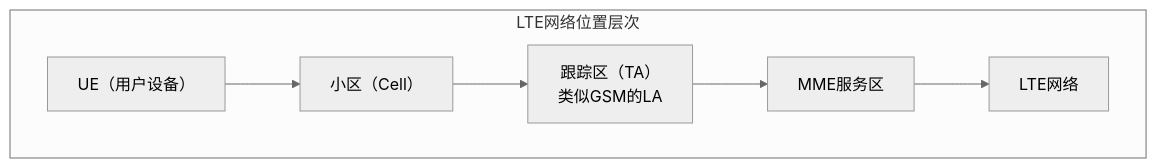
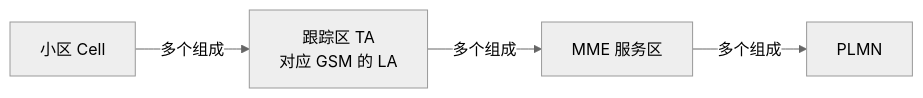
The sixth of 12 diagrams in 计算机网络/7.7无线网络：蜂窝移动性.md (Dtheme/CS-base), drawn with Mermaid (neutral theme) before and after one commit. The commit also changed other lines of this file and 51 other files, not shown here.

````diff
--- a/计算机网络/7.7无线网络：蜂窝移动性.md
+++ b/计算机网络/7.7无线网络：蜂窝移动性.md
@@ -248,15 +244,6 @@
 ```mermaid
-graph TB
-    subgraph "LTE网络位置层次"
-        UE["UE（用户设备）"]
-        Cell["小区（Cell）"]
-        TA["跟踪区（TA）<br/>类似GSM的LA"]
-        MME["MME服务区"]
-        LTE["LTE网络"]
-        
-        UE --> Cell
-        Cell --> TA
-        TA --> MME
-        MME --> LTE
-    end
+graph LR
+    Cell["小区 Cell"] -->|多个组成| TA["跟踪区 TA<br/>对应 GSM 的 LA"]
+    TA -->|多个组成| Area["MME 服务区"]
+    Area -->|多个组成| PLMN["PLMN"]
 ```
````
